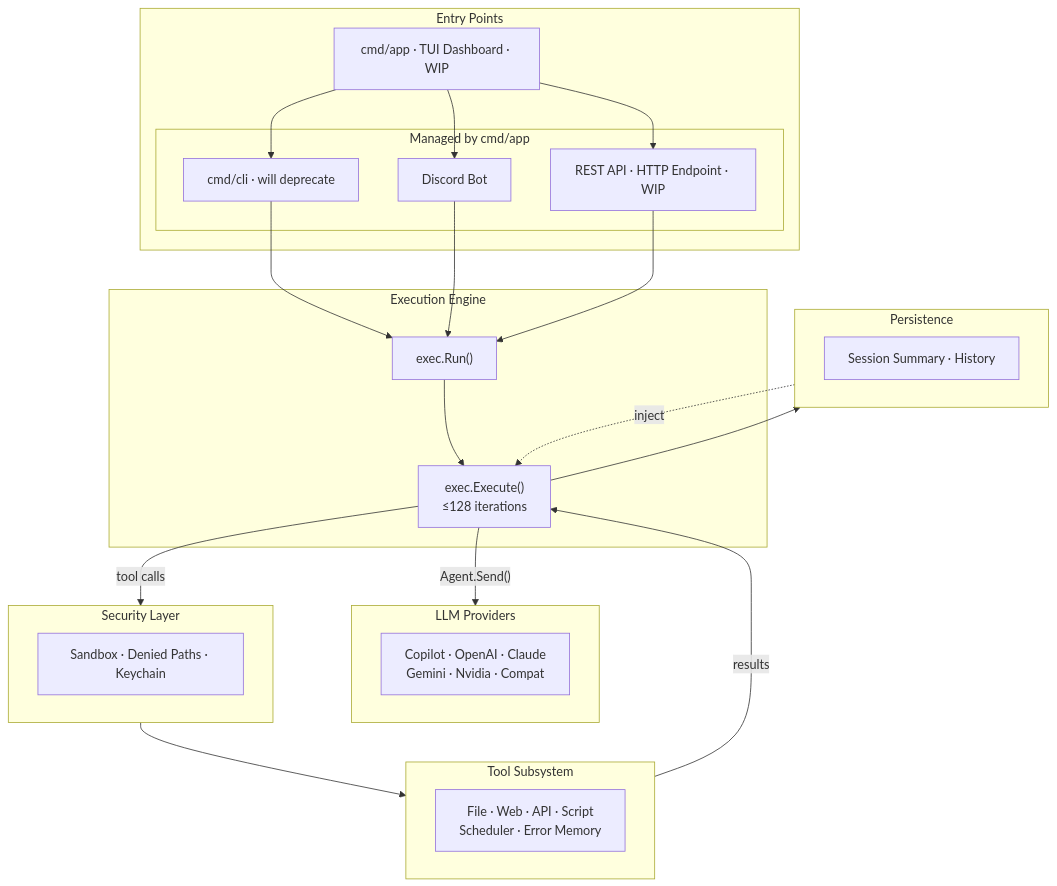
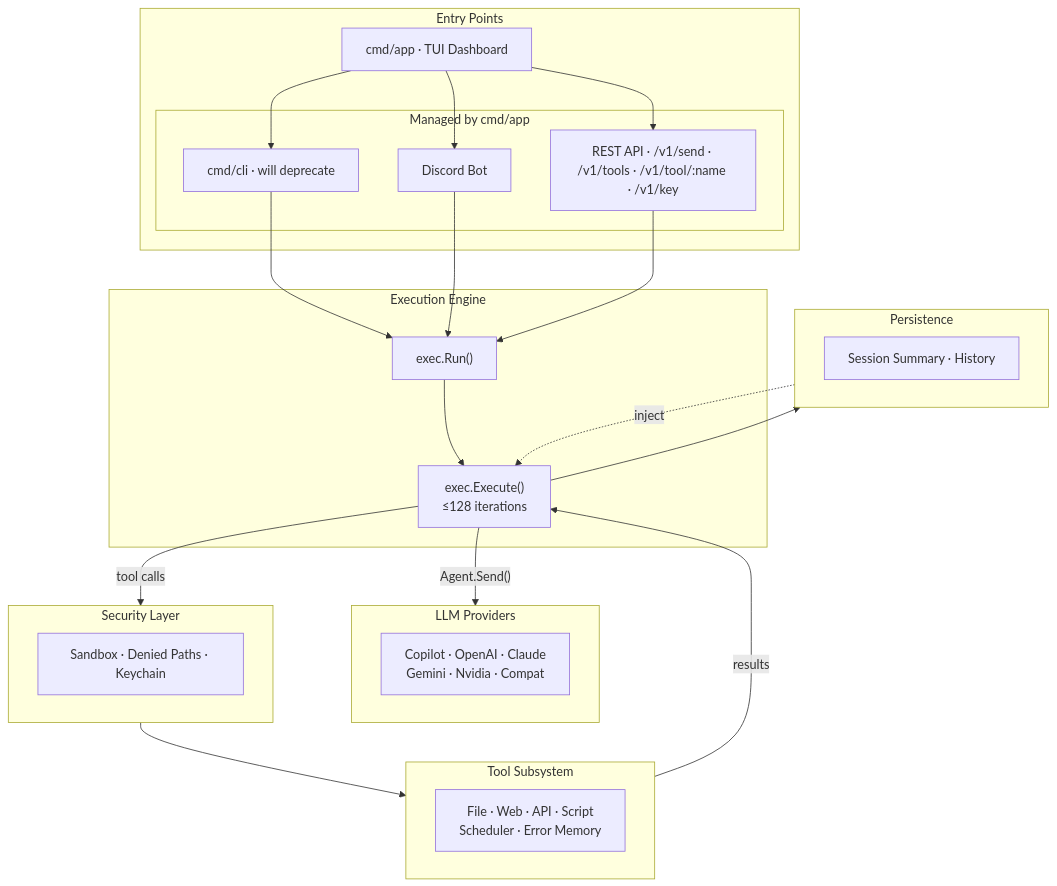
The first of 7 diagrams in doc/architecture.md (pardnchiu/Agenvoy), drawn with Mermaid before and after one commit. The commit also changed other lines of this file and 6 other files, not shown here.

Commit message:
release: v0.17.0 Introduced a full REST API, added a TUI dashboard

````diff
--- a/doc/architecture.md
+++ b/doc/architecture.md
@@ -9,46 +9,46 @@
 ```mermaid
 graph TB
     subgraph Entry ["Entry Points"]
-        App["cmd/app · TUI Dashboard · WIP"]
+        App["cmd/app · TUI Dashboard"]
         subgraph Managed ["Managed by cmd/app"]
             CLI["cmd/cli · will deprecate"]
             Discord["Discord Bot"]
-            API["REST API · HTTP Endpoint · WIP"]
+            API["REST API · /v1/send · /v1/tools · /v1/tool/:name · /v1/key"]
         end
     end
 
     subgraph Engine ["Execution Engine"]
         Run["exec.Run()"]
         Execute["exec.Execute()\n≤128 iterations"]
     end
 
     subgraph Providers ["LLM Providers"]
         P["Copilot · OpenAI · Claude\nGemini · Nvidia · Compat"]
     end
 
     subgraph Security ["Security Layer"]
         S["Sandbox · Denied Paths · Keychain"]
     end
 
     subgraph Tools ["Tool Subsystem"]
         T["File · Web · API · Script\nScheduler · Error Memory"]
     end
 
     subgraph Persistence ["Persistence"]
         PS["Session Summary · History"]
     end
 
     App --> CLI
     App --> Discord
     App --> API
     CLI --> Run
     Discord --> Run
     API --> Run
     Run --> Execute
     Execute -->|"Agent.Send()"| Providers
     Execute -->|"tool calls"| Security
     Security --> Tools
     Tools -->|"results"| Execute
     Execute --> Persistence
     Persistence -.->|"inject"| Execute
 ```
````
